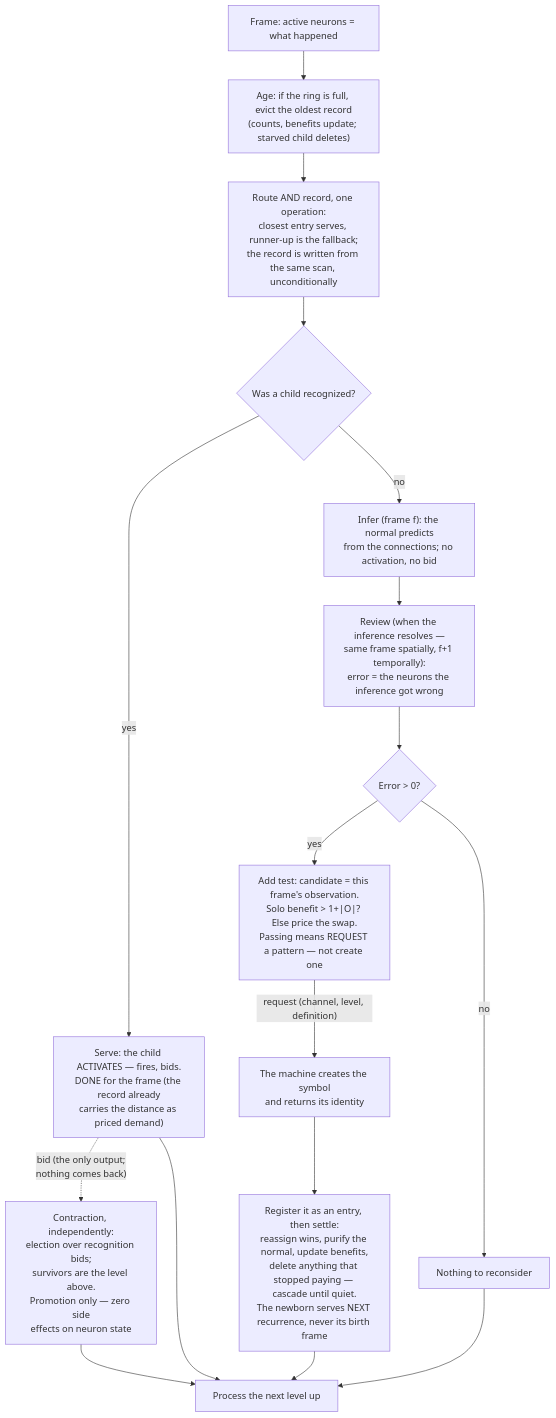
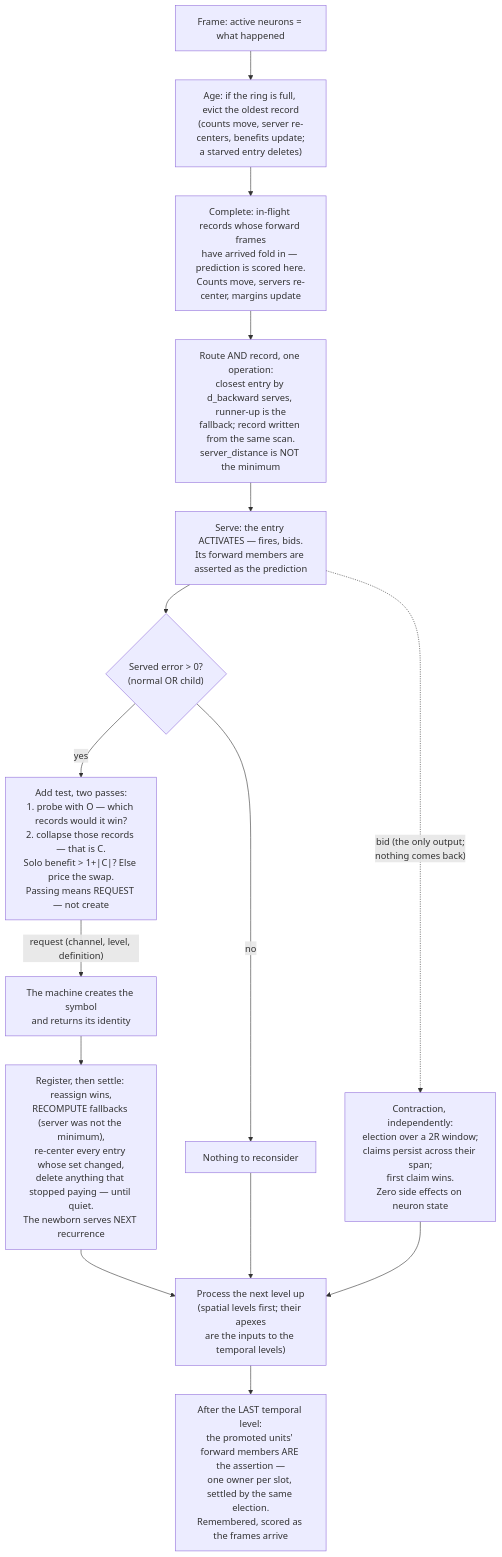
One commit to cucar/robot_brain changed the diagram in docs/algorithm.md. Above: the diagram before and after it, drawn with Mermaid. The commit also changed other lines of this file, not shown here.

Commit message:
temporal processing updates

````diff
--- a/docs/algorithm.md
+++ b/docs/algorithm.md
@@ -664,19 +737,17 @@
 ```mermaid
 flowchart TD
-    A["Frame: active neurons = what happened"] --> B["Age: if the ring is full, evict the oldest record<br/>(counts, benefits update; starved child deletes)"]
-    B --> C["Route AND record, one operation:<br/>closest entry serves, runner-up is the fallback;<br/>the record is written from the same scan, unconditionally"]
-    C --> D{"Was a child recognized?"}
-    D -->|yes| E["Serve: the child ACTIVATES — fires, bids.<br/>DONE for the frame (the record already<br/>carries the distance as priced demand)"]
-    E -.->|"bid (the only output;<br/>nothing comes back)"| X["Contraction, independently:<br/>election over recognition bids;<br/>survivors are the level above.<br/>Promotion only — zero side<br/>effects on neuron state"]
-    D -->|no| F["Infer (frame f): the normal predicts<br/>from the connections; no activation, no bid"]
-    F --> K["Review (when the inference resolves —<br/>same frame spatially, f+1 temporally):<br/>error = the neurons the inference got wrong"]
-    K --> L{"Error > 0?"}
-    L -->|yes| M["Add test: candidate = this frame's observation.<br/>Solo benefit > 1+|O|? Else price the swap.<br/>Passing means REQUEST a pattern — not create one"]
+    A["Frame: active neurons = what happened"] --> B["Age: if the ring is full, evict the oldest record<br/>(counts move, server re-centers, benefits update;<br/>a starved entry deletes)"]
+    B --> C["Complete: in-flight records whose forward frames<br/>have arrived fold in — prediction is scored here.<br/>Counts move, servers re-center, margins update"]
+    C --> D["Route AND record, one operation:<br/>closest entry by d_backward serves, runner-up is the<br/>fallback; record written from the same scan.<br/>server_distance is NOT the minimum"]
+    D --> E["Serve: the entry ACTIVATES — fires, bids.<br/>Its forward members are asserted as the prediction"]
+    E -.->|"bid (the only output;<br/>nothing comes back)"| X["Contraction, independently:<br/>election over a 2R window;<br/>claims persist across their span;<br/>first claim wins.<br/>Zero side effects on neuron state"]
+    E --> L{"Served error > 0?<br/>(normal OR child)"}
+    L -->|yes| M["Add test, two passes:<br/>1. probe with O — which records would it win?<br/>2. collapse those records — that is C.<br/>Solo benefit > 1+|C|? Else price the swap.<br/>Passing means REQUEST — not create"]
     M -->|"request (channel, level, definition)"| P["The machine creates the symbol<br/>and returns its identity"]
-    P --> Q["Register it as an entry, then settle:<br/>reassign wins, purify the normal, update benefits,<br/>delete anything that stopped paying — cascade until quiet.<br/>The newborn serves NEXT recurrence, never its birth frame"]
+    P --> Q["Register, then settle: reassign wins,<br/>RECOMPUTE fallbacks (server was not the minimum),<br/>re-center every entry whose set changed,<br/>delete anything that stopped paying — until quiet.<br/>The newborn serves NEXT recurrence"]
     L -->|no| N["Nothing to reconsider"]
-    E --> O["Process the next level up"]
-    Q --> O
+    Q --> O["Process the next level up<br/>(spatial levels first; their apexes<br/>are the inputs to the temporal levels)"]
     N --> O
     X --> O
+    O --> Y["After the LAST temporal level:<br/>the promoted units' forward members ARE the assertion —<br/>one owner per slot, settled by the same election.<br/>Remembered, scored as the frames arrive"]
 ```
````
